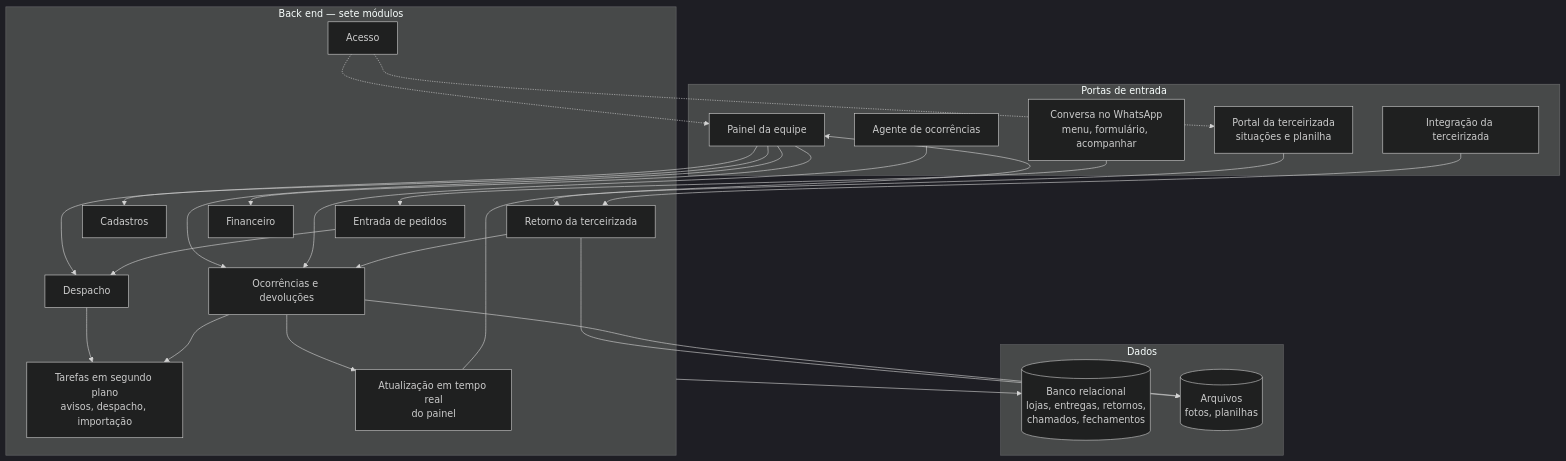
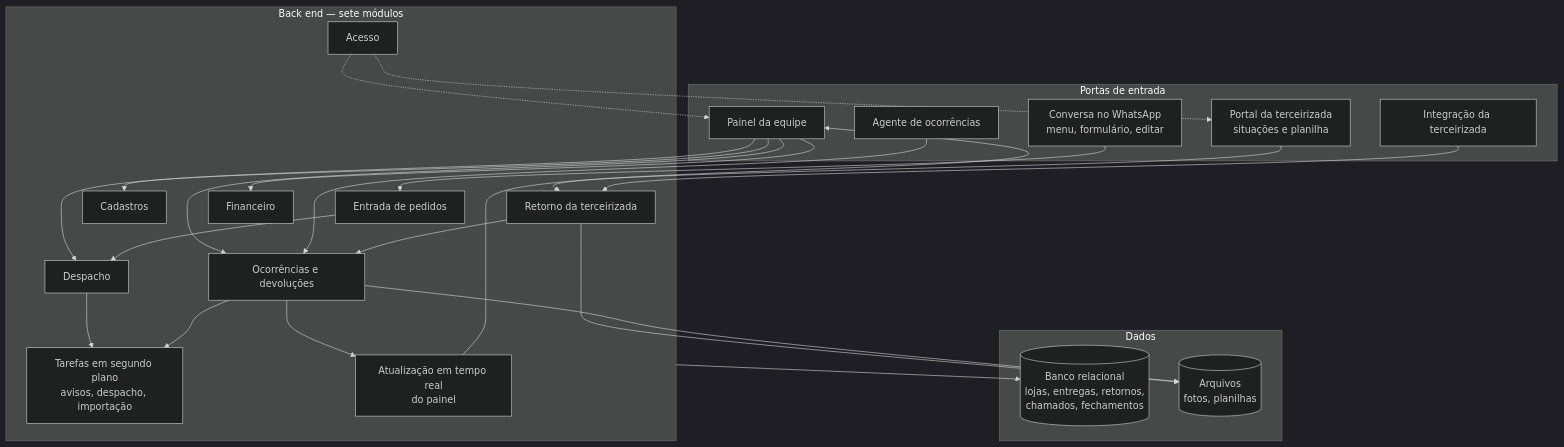
One commit to dudarmouras/seal-requisitos changed the second of 5 diagrams in docs/00-visao-geral/arquitetura.md. Above: the diagram before and after it, drawn with Mermaid (dark theme). The commit also changed other lines of this file and 9 other files, not shown here.

````diff
--- a/docs/00-visao-geral/arquitetura.md
+++ b/docs/00-visao-geral/arquitetura.md
@@ -51,47 +51,47 @@
 ```mermaid
 flowchart TB
   subgraph Portas["Portas de entrada"]
-    WA["Conversa no WhatsApp<br/>menu, formulário, acompanhar"]
+    WA["Conversa no WhatsApp<br/>menu, formulário, editar"]
     Painel["Painel da equipe"]
     Portal["Portal da terceirizada<br/>situações e planilha"]
     IntT["Integração da terceirizada"]
     Agente["Agente de ocorrências"]
   end
 
   subgraph Backend["Back end — sete módulos"]
     Pedidos["Entrada de pedidos"]
     Cad["Cadastros"]
     Desp["Despacho"]
     Ret["Retorno da terceirizada"]
     Cham["Ocorrências e devoluções"]
     Fin["Financeiro"]
     Acesso["Acesso"]
     Jobs["Tarefas em segundo plano<br/>avisos, despacho, importação"]
     RT["Atualização em tempo real<br/>do painel"]
   end
 
   subgraph Dados["Dados"]
     DB[("Banco relacional<br/>lojas, entregas, retornos,<br/>chamados, fechamentos")]
     Arq[("Arquivos<br/>fotos, planilhas")]
   end
 
   WA --> Pedidos
   Painel --> Cad
   Painel --> Desp
   Painel --> Cham
   Painel --> Fin
   Portal --> Ret
   IntT --> Ret
   Agente --> Cham
   Pedidos --> Desp
   Ret --> Cham
   Desp --> Jobs
   Cham --> Jobs
   Cham --> RT
   RT --> Painel
   Backend --> DB
   Ret --> Arq
   Cham --> Arq
   Acesso -.-> Painel
   Acesso -.-> Portal
 ```
````
